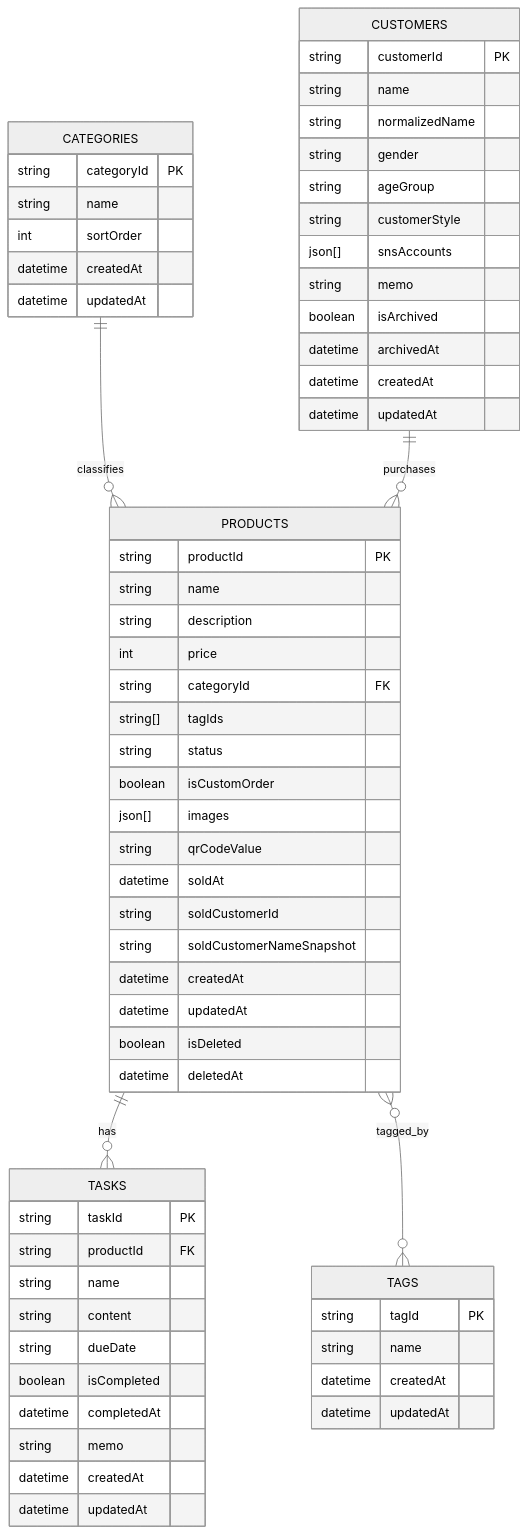
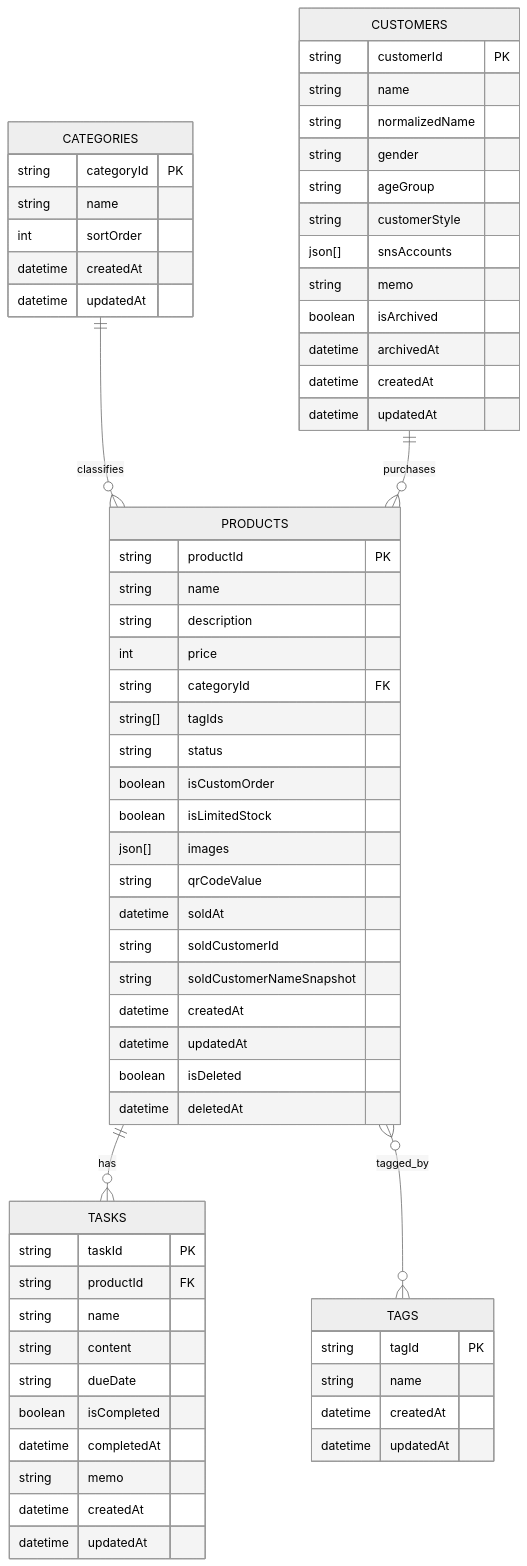
One commit to Cat5Dog2/Handmade_Item_Management changed the diagram in docs/data_design.md. Above: the diagram before and after it, drawn with Mermaid (neutral theme). The commit also changed other lines of this file and 32 other files, not shown here.

Commit message:
feat: add limited stock flag to products

````diff
--- a/docs/data_design.md
+++ b/docs/data_design.md
@@ -134,70 +134,71 @@
 ```mermaid
 erDiagram
     PRODUCTS ||--o{ TASKS : has
     CATEGORIES ||--o{ PRODUCTS : classifies
     PRODUCTS }o--o{ TAGS : tagged_by
     CUSTOMERS ||--o{ PRODUCTS : purchases
 
     PRODUCTS {
         string productId PK
         string name
         string description
         int price
         string categoryId FK
         string[] tagIds
         string status
         boolean isCustomOrder
+        boolean isLimitedStock
         json[] images
         string qrCodeValue
         datetime soldAt
         string soldCustomerId
         string soldCustomerNameSnapshot
         datetime createdAt
         datetime updatedAt
         boolean isDeleted
         datetime deletedAt
     }
 
     TASKS {
         string taskId PK
         string productId FK
         string name
         string content
         string dueDate
         boolean isCompleted
         datetime completedAt
         string memo
         datetime createdAt
         datetime updatedAt
     }
 
     CATEGORIES {
         string categoryId PK
         string name
         int sortOrder
         datetime createdAt
         datetime updatedAt
     }
 
     TAGS {
         string tagId PK
         string name
         datetime createdAt
         datetime updatedAt
     }
 
     CUSTOMERS {
         string customerId PK
         string name
         string normalizedName
         string gender
         string ageGroup
         string customerStyle
         json[] snsAccounts
         string memo
         boolean isArchived
         datetime archivedAt
         datetime createdAt
         datetime updatedAt
     }
 ```
````
